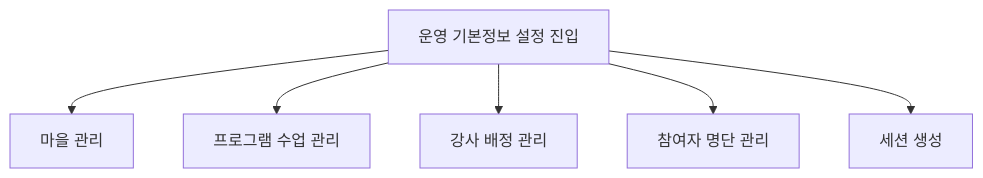
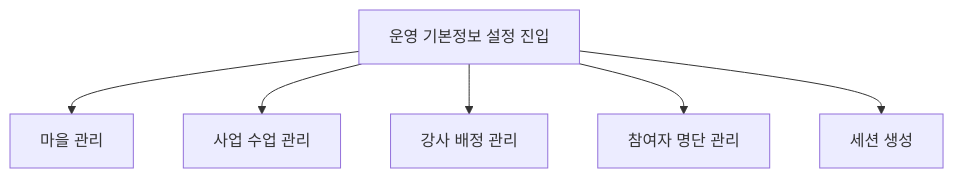
One commit to jongrionro-debug/harness_framework changed the sixth of 6 diagrams in docs/PRD.md. Above: the diagram before and after it, drawn with Mermaid. The commit also changed other lines of this file and 86 other files, not shown here.

````diff
--- a/docs/PRD.md
+++ b/docs/PRD.md
@@ -356,8 +360,8 @@
 ```mermaid
 flowchart TD
     A[운영 기본정보 설정 진입] --> B[마을 관리]
-    A --> C[프로그램 수업 관리]
+    A --> C[사업 수업 관리]
     A --> D[강사 배정 관리]
     A --> E[참여자 명단 관리]
     A --> F[세션 생성]
 ```
````
